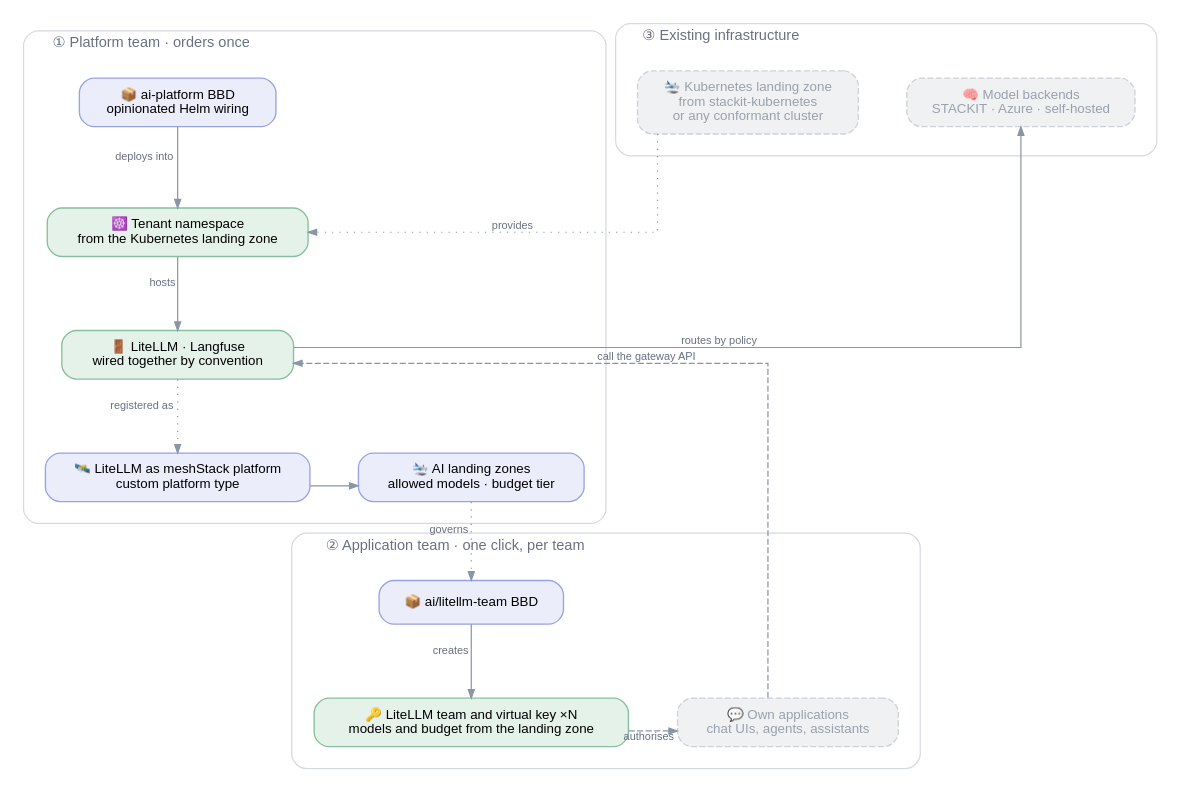
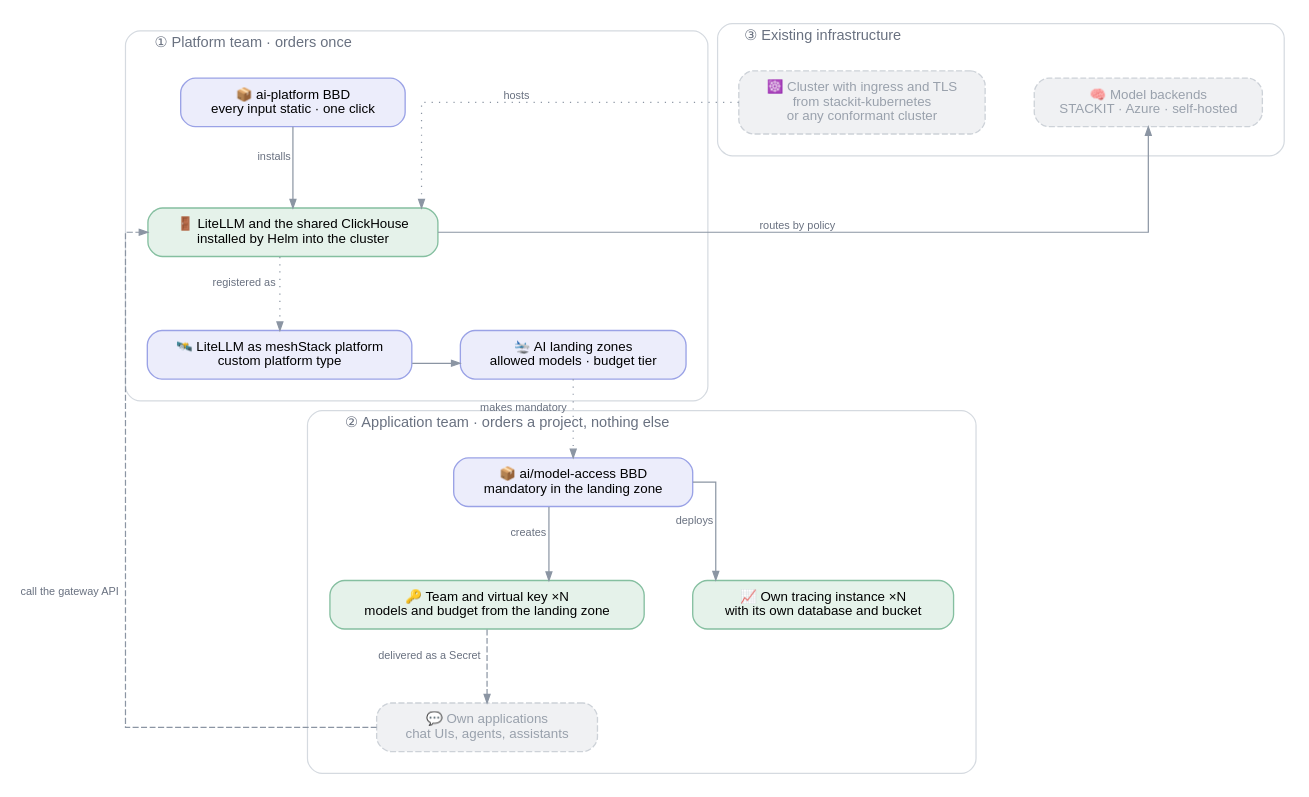
Before and after one commit to meshcloud/meshstack-hub: the diagram in reference-architectures/ai-platform/ai-platform-oneclick.dot, drawn with Graphviz. The commit also changed 18 other files, not shown here.

```diff
--- a/reference-architectures/ai-platform/ai-platform-oneclick.dot
+++ b/reference-architectures/ai-platform/ai-platform-oneclick.dot
@@ -1,75 +1,75 @@
 /*
- * AI Platform delivery model — the two orders.
+ * AI Platform delivery model — one order, then one landing zone.
  * Conventions: .agents/references/diagrams.md — render with: task diagrams
  */
 digraph ai_platform_oneclick {
   rankdir=TB
   splines=ortho
   forcelabels=true
   bgcolor="white"
   nodesep=0.55
   ranksep=0.85
 
   node [shape=box style="rounded,filled" fontname="Helvetica" fontsize=11
         fillcolor="#ffffff" color="#a2abb8" penwidth=1.1 margin="0.20,0.11"]
   edge [fontname="Helvetica" fontsize=9 fontcolor="#697180" color="#8b95a3" arrowsize=0.7]
 
   subgraph cluster_once {
     label="  ① Platform team · orders once"
     labeljust=l
     fontname="Helvetica" fontsize=12 fontcolor="#697180"
     style="rounded" color="#d5dae0"
     margin=18
 
-    BBD_STACK [label="📦 ai-platform BBD\nopinionated Helm wiring" fillcolor="#ecedfb" color="#9aa2e6"]
-    NS        [label="☸️ Tenant namespace\nfrom the Kubernetes landing zone" fillcolor="#e5f2ea" color="#85bfa0"]
-    STACK     [label="🚪 LiteLLM · Langfuse\nwired together by convention" fillcolor="#e5f2ea" color="#85bfa0"]
+    BBD_STACK [label="📦 ai-platform BBD\nevery input static · one click" fillcolor="#ecedfb" color="#9aa2e6"]
+    STACK     [label="🚪 LiteLLM and the shared ClickHouse\ninstalled by Helm into the cluster" fillcolor="#e5f2ea" color="#85bfa0"]
     PLATFORM  [label="🛰️ LiteLLM as meshStack platform\ncustom platform type" fillcolor="#ecedfb" color="#9aa2e6"]
     LZAI      [label="🛬 AI landing zones\nallowed models · budget tier" fillcolor="#ecedfb" color="#9aa2e6"]
 
     { rank=same; PLATFORM -> LZAI [style=invis] }
 
-    BBD_STACK -> NS    [xlabel="deploys into"]
-    NS        -> STACK [xlabel="hosts"]
+    BBD_STACK -> STACK    [xlabel="installs"]
     STACK     -> PLATFORM [xlabel="registered as" style=dotted]
     PLATFORM  -> LZAI
   }
 
   subgraph cluster_team {
-    label="  ② Application team · one click, per team"
+    label="  ② Application team · orders a project, nothing else"
     labeljust=l
     fontname="Helvetica" fontsize=12 fontcolor="#697180"
     style="rounded" color="#d5dae0"
     margin=18
 
-    BBD_TEAM [label="📦 ai/litellm-team BBD" fillcolor="#ecedfb" color="#9aa2e6"]
-    KEY      [label="🔑 LiteLLM team and virtual key ×N\nmodels and budget from the landing zone" fillcolor="#e5f2ea" color="#85bfa0"]
+    BBD_TEAM [label="📦 ai/model-access BBD\nmandatory in the landing zone" fillcolor="#ecedfb" color="#9aa2e6"]
+    KEY      [label="🔑 Team and virtual key ×N\nmodels and budget from the landing zone" fillcolor="#e5f2ea" color="#85bfa0"]
+    TRACE    [label="📈 Own tracing instance ×N\nwith its own database and bucket" fillcolor="#e5f2ea" color="#85bfa0"]
     APPS     [label="💬 Own applications\nchat UIs, agents, assistants"
               fillcolor="#f0f1f3" color="#cdd2d8" fontcolor="#99a1ac" style="rounded,filled,dashed"]
 
-    { rank=same; KEY -> APPS [style=invis] }
+    { rank=same; KEY -> TRACE [style=invis] }
 
-    BBD_TEAM -> KEY  [xlabel="creates"]
-    KEY      -> APPS [xlabel="authorises" style=dashed]
+    BBD_TEAM -> KEY   [xlabel="creates"]
+    BBD_TEAM -> TRACE [xlabel="deploys"]
+    KEY      -> APPS  [xlabel="delivered as a Secret" style=dashed]
   }
 
   subgraph cluster_existing {
     label="  ③ Existing infrastructure"
     labeljust=l
     fontname="Helvetica" fontsize=12 fontcolor="#697180"
     style="rounded" color="#d5dae0"
     margin=18
 
-    K8SLZ  [label="🛬 Kubernetes landing zone\nfrom stackit-kubernetes\nor any conformant cluster"
+    K8SLZ  [label="☸️ Cluster with ingress and TLS\nfrom stackit-kubernetes\nor any conformant cluster"
             fillcolor="#f0f1f3" color="#cdd2d8" fontcolor="#99a1ac" style="rounded,filled,dashed"]
     MODELS [label="🧠 Model backends\nSTACKIT · Azure · self-hosted"
             fillcolor="#f0f1f3" color="#cdd2d8" fontcolor="#99a1ac" style="rounded,filled,dashed"]
 
     { rank=same; K8SLZ -> MODELS [style=invis] }
   }
 
-  K8SLZ -> NS       [xlabel="provides" style=dotted constraint=false]
-  LZAI  -> BBD_TEAM [xlabel="governs" style=dotted]
+  K8SLZ -> STACK    [xlabel="hosts" style=dotted constraint=false]
+  LZAI  -> BBD_TEAM [xlabel="makes mandatory" style=dotted]
   APPS  -> STACK    [xlabel="call the gateway API" style=dashed constraint=false]
   STACK -> MODELS   [xlabel="routes by policy" constraint=false]
 }
```
